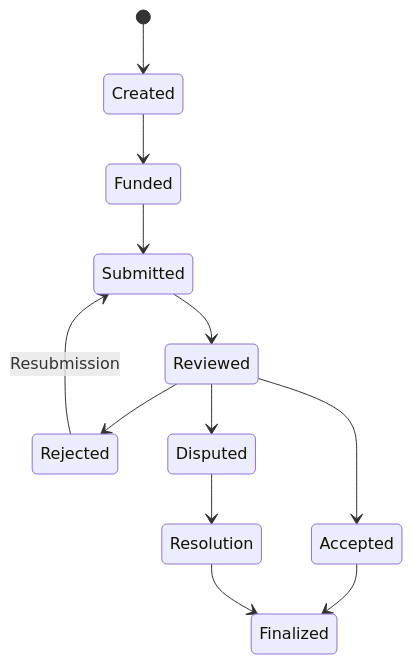
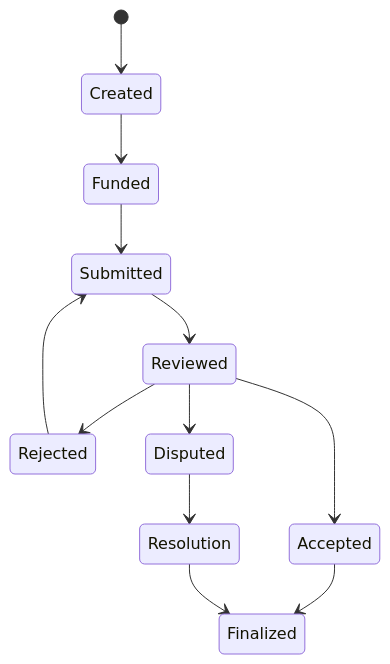
One commit to ajeek/ArcProof01 changed the second of 2 diagrams in README.md. Above: the diagram before and after it, drawn with Mermaid. The commit also changed other lines of this file and 1 other file, not shown here.

First line of the commit message:
feat: Add dispute resolution and error handling

````diff
--- a/README.md
+++ b/README.md
@@ -59,14 +69,14 @@
 ```mermaid
 stateDiagram-v2
-    [*] --> Created
-    Created --> Funded
-    Funded --> Submitted
-    Submitted --> Reviewed
-    Reviewed --> Accepted
-    Reviewed --> Rejected
-    Reviewed --> Disputed
-    Accepted --> Finalized
-    Rejected --> Submitted: Resubmission
-    Disputed --> Resolution
-    Resolution --> Finalized
+[*] --> Created
+Created --> Funded
+Funded --> Submitted
+Submitted --> Reviewed
+Reviewed --> Accepted
+Reviewed --> Rejected
+Reviewed --> Disputed
+Accepted --> Finalized
+Rejected --> Submitted
+Disputed --> Resolution
+Resolution --> Finalized
 ```
````
